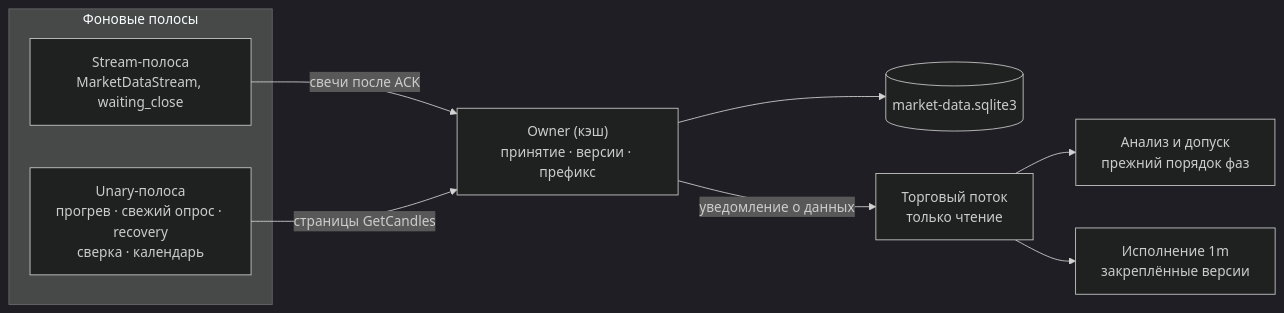
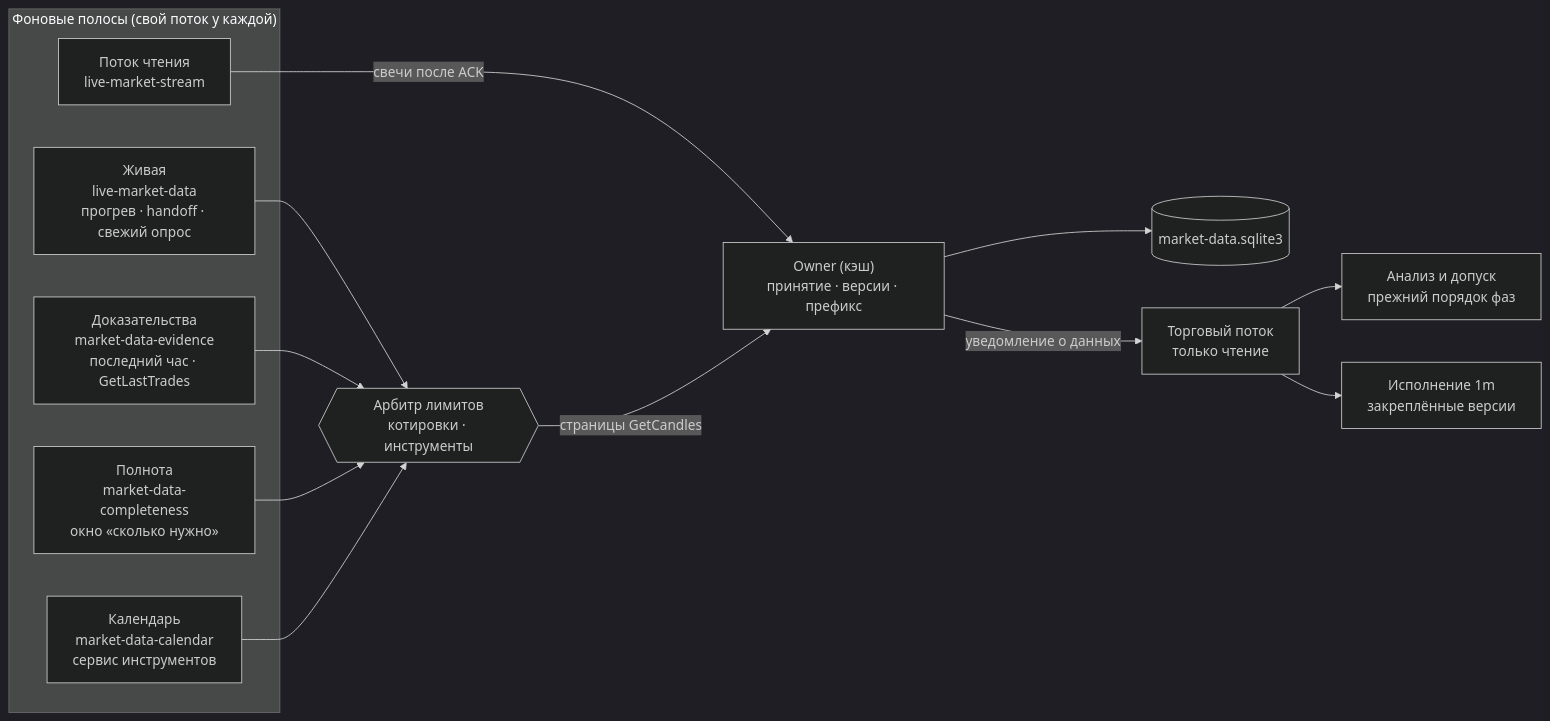
Before and after one commit to vladilenao/My_roBot: the first of 5 diagrams in docs/market-data/live-ingestion.md, drawn with Mermaid (dark theme). The commit also changed other lines of this file and 8 other files, not shown here.

First line of the commit message:
docs(data): полосы данных, арбитр, окно полноты и пометка пропущенной минуты

````diff
--- a/docs/market-data/live-ingestion.md
+++ b/docs/market-data/live-ingestion.md
@@ -16,13 +22,19 @@
 ```mermaid
 flowchart LR
-    subgraph BG["Фоновые полосы"]
-        S["Stream-полоса<br/>MarketDataStream, waiting_close"]
-        U["Unary-полоса<br/>прогрев · свежий опрос · recovery<br/>сверка · календарь"]
+    subgraph BG["Фоновые полосы (свой поток у каждой)"]
+        S["Поток чтения<br/>live-market-stream"]
+        L["Живая<br/>live-market-data<br/>прогрев · handoff · свежий опрос"]
+        V["Доказательства<br/>market-data-evidence<br/>последний час · GetLastTrades"]
+        C["Полнота<br/>market-data-completeness<br/>окно «сколько нужно»"]
+        K["Календарь<br/>market-data-calendar<br/>сервис инструментов"]
     end
+    A{{"Арбитр лимитов<br/>котировки · инструменты"}}
+    L & V & C --> A
+    K --> A
     S -->|"свечи после ACK"| O["Owner (кэш)<br/>принятие · версии · префикс"]
-    U -->|"страницы GetCandles"| O
+    A -->|"страницы GetCandles"| O
     O --> M[("market-data.sqlite3")]
     O -->|"уведомление о данных"| T["Торговый поток<br/>только чтение"]
     T --> D["Анализ и допуск<br/>прежний порядок фаз"]
     T --> E["Исполнение 1m<br/>закреплённые версии"]
 ```
````
